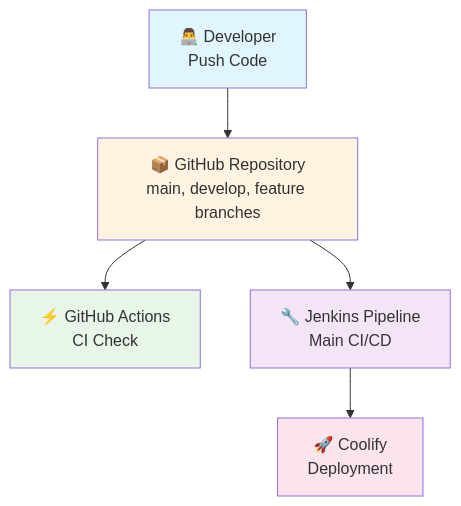
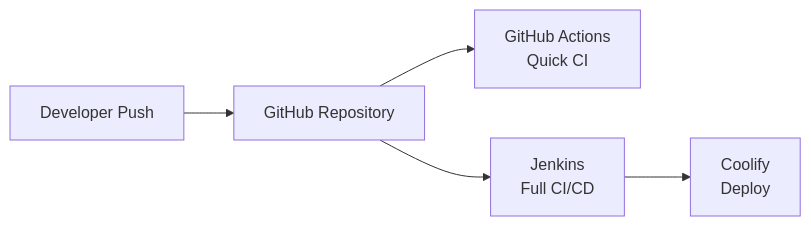
The first of 5 diagrams in DEPLOYMENT.md (tikpoptv/MUSE-MUSIC), drawn with Mermaid before and after one commit. The commit also changed other lines of this file, not shown here.

Commit message:
อัพเดท mermaid อันเมื่อกี้มองไม่เห็น

````diff
--- a/DEPLOYMENT.md
+++ b/DEPLOYMENT.md
@@ -22,13 +22,7 @@
 ```mermaid
-graph TD
-    A[👨‍💻 Developer<br/>Push Code] --> B[📦 GitHub Repository<br/>main, develop, feature branches]
-    B --> C[⚡ GitHub Actions<br/>CI Check]
-    B --> D[🔧 Jenkins Pipeline<br/>Main CI/CD]
-    D --> E[🚀 Coolify<br/>Deployment]
-    
-    style A fill:#e1f5ff
-    style B fill:#fff4e1
-    style C fill:#e8f5e9
-    style D fill:#f3e5f5
-    style E fill:#fce4ec
+graph LR
+    A[Developer Push] --> B[GitHub Repository]
+    B --> C[GitHub Actions<br/>Quick CI]
+    B --> D[Jenkins<br/>Full CI/CD]
+    D --> E[Coolify<br/>Deploy]
 ```
````
